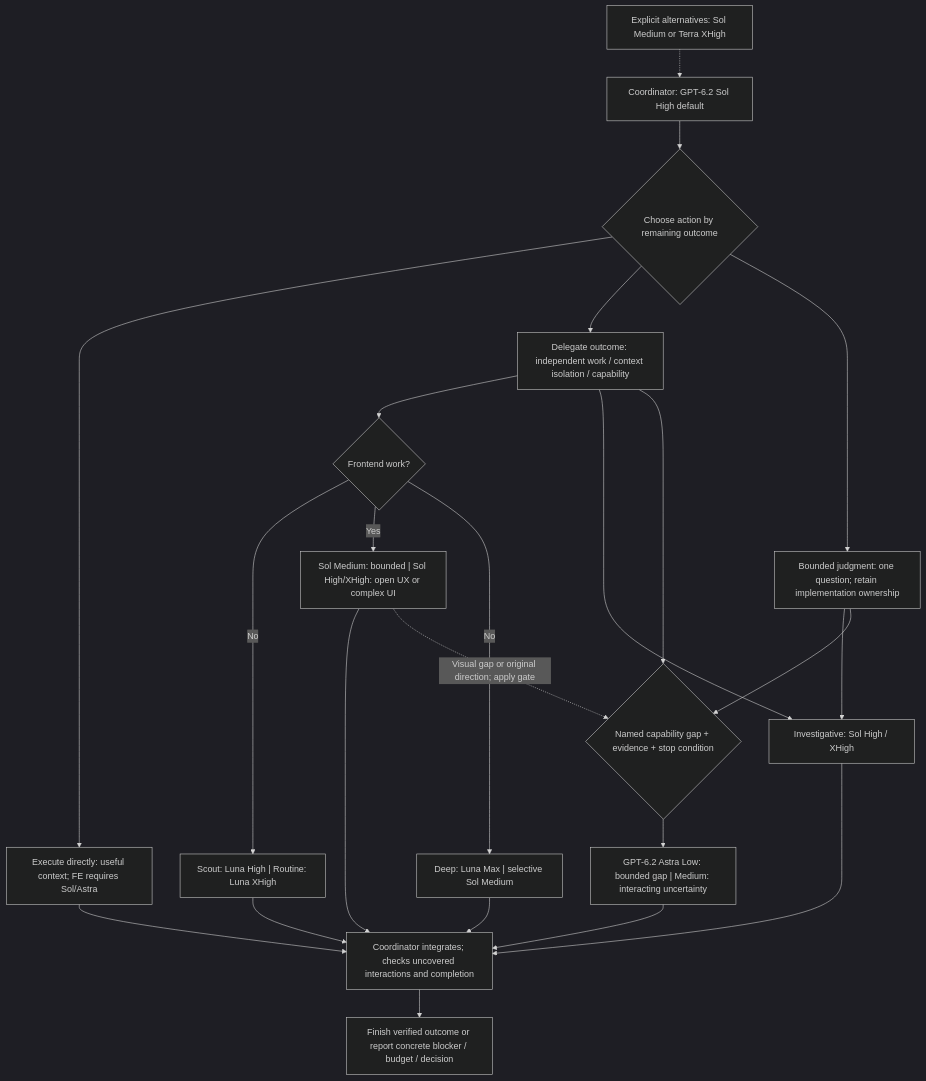
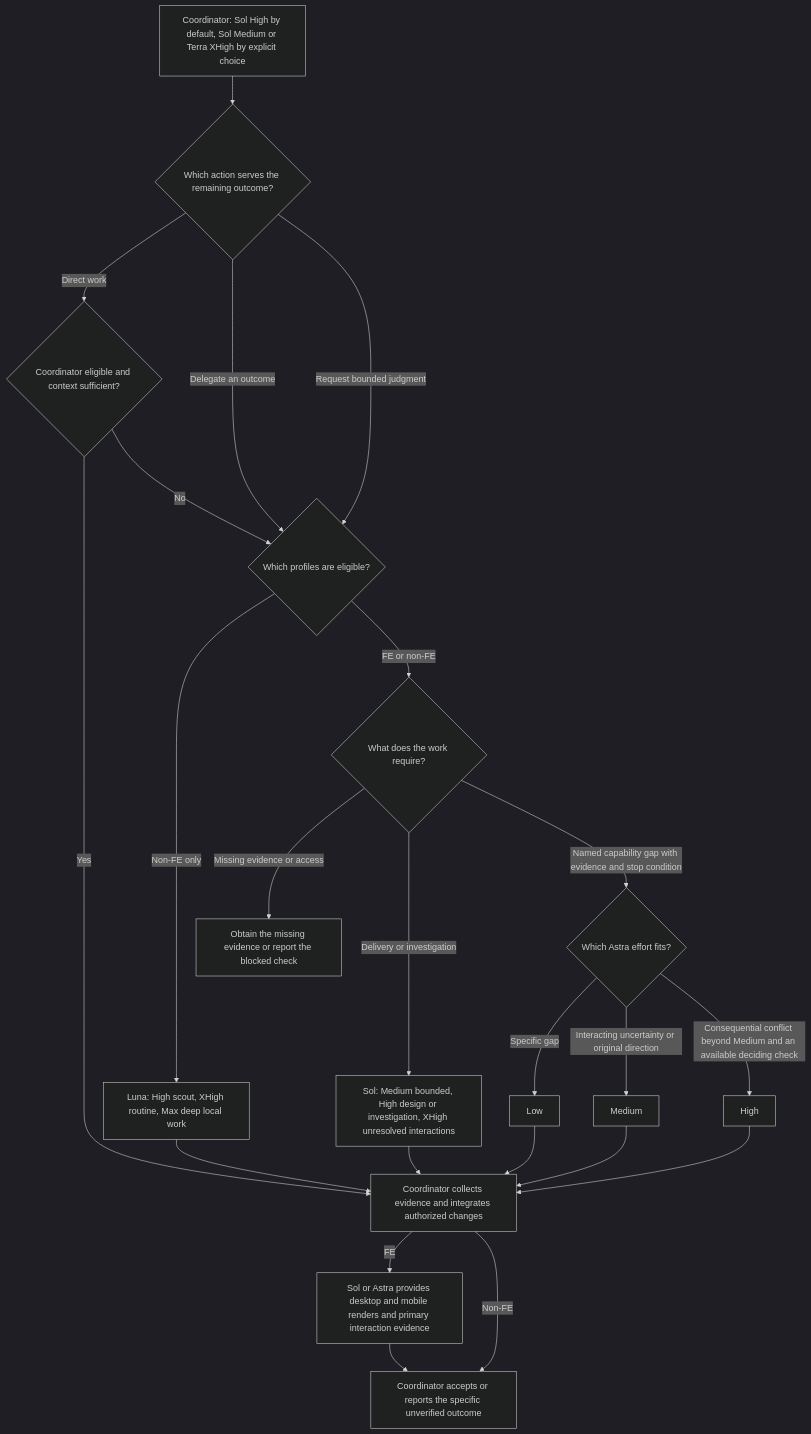
Before and after one commit to abangkis/goblin-mini-astra: the diagram in README.md, drawn with Mermaid (dark theme). The commit also changed other lines of this file and 5 other files, not shown here.

Commit message:
Unify model routing and add selective Astra High escalation in v13

````diff
--- a/README.md
+++ b/README.md
@@ -40,25 +40,25 @@
 ```mermaid
 flowchart TD
-    C["Coordinator: GPT-6.2 Sol High default"] --> A{"Choose action by remaining outcome"}
-    P["Explicit alternatives: Sol Medium or Terra XHigh"] -.-> C
-    A --> D["Execute directly: useful context; FE requires Sol/Astra"]
-    A --> W["Delegate outcome: independent work / context isolation / capability"]
-    A --> J["Bounded judgment: one question; retain implementation ownership"]
-    W --> T{"Frontend work?"}
-    T -->|No| L["Scout: Luna High | Routine: Luna XHigh"]
-    T -->|Yes| FE["Sol Medium: bounded | Sol High/XHigh: open UX or complex UI"]
-    FE --> V
-    FE -.->|Visual gap or original direction; apply gate| G
-    T -->|No| B["Deep: Luna Max | selective Sol Medium"]
-    W --> I["Investigative: Sol High / XHigh"]
-    J --> I
-    W --> G{"Named capability gap + evidence + stop condition"}
-    J --> G
-    G --> E["GPT-6.2 Astra Low: bounded gap | Medium: interacting uncertainty"]
-    D --> V["Coordinator integrates; checks uncovered interactions and completion"]
-    L --> V
+    C["Coordinator: Sol High by default, Sol Medium or Terra XHigh by explicit choice"] --> A{"Which action serves the remaining outcome?"}
+    A -->|Direct work| D{"Coordinator eligible and context sufficient?"}
+    D -->|Yes| V
+    D -->|No| S
+    A -->|Delegate an outcome| S{"Which profiles are eligible?"}
+    A -->|Request bounded judgment| S
+    S -->|Non-FE only| L["Luna: High scout, XHigh routine, Max deep local work"]
+    S -->|FE or non-FE| Q{"What does the work require?"}
+    Q -->|Missing evidence or access| X["Obtain the missing evidence or report the blocked check"]
+    Q -->|Delivery or investigation| I["Sol: Medium bounded, High design or investigation, XHigh unresolved interactions"]
+    Q -->|Named capability gap with evidence and stop condition| G{"Which Astra effort fits?"}
+    G -->|Specific gap| B["Low"]
+    G -->|Interacting uncertainty or original direction| M["Medium"]
+    G -->|Consequential conflict beyond Medium and an available deciding check| H["High"]
+    L --> V["Coordinator collects evidence and integrates authorized changes"]
+    I --> V
     B --> V
-    I --> V
-    E --> V
-    V --> F["Finish verified outcome or report concrete blocker / budget / decision"]
+    M --> V
+    H --> V
+    V -->|FE| R["Sol or Astra provides desktop and mobile renders and primary interaction evidence"]
+    V -->|Non-FE| F["Coordinator accepts or reports the specific unverified outcome"]
+    R --> F
 ```
````
